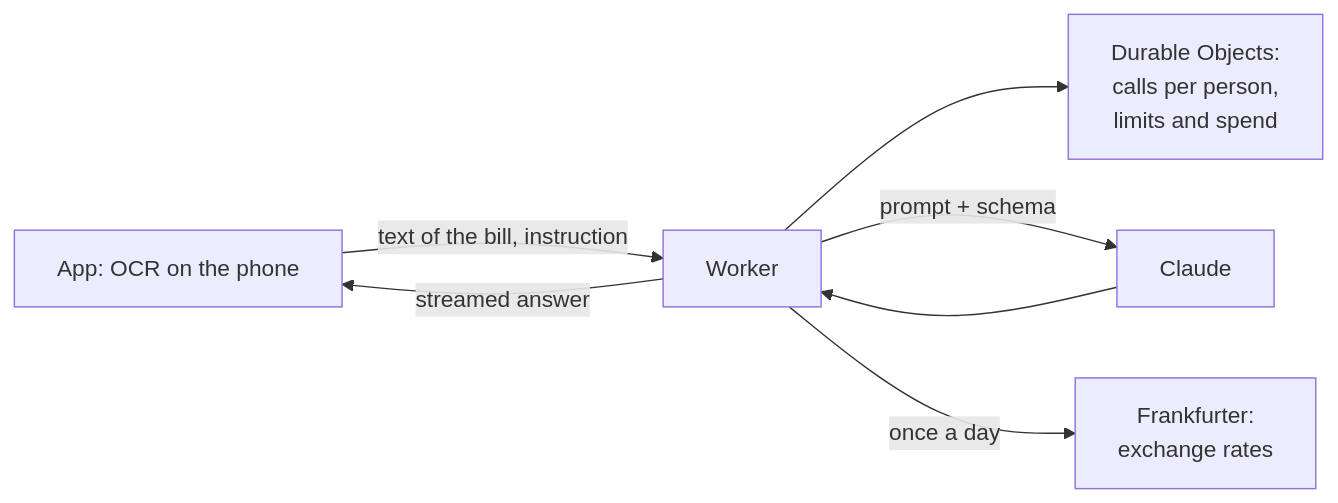
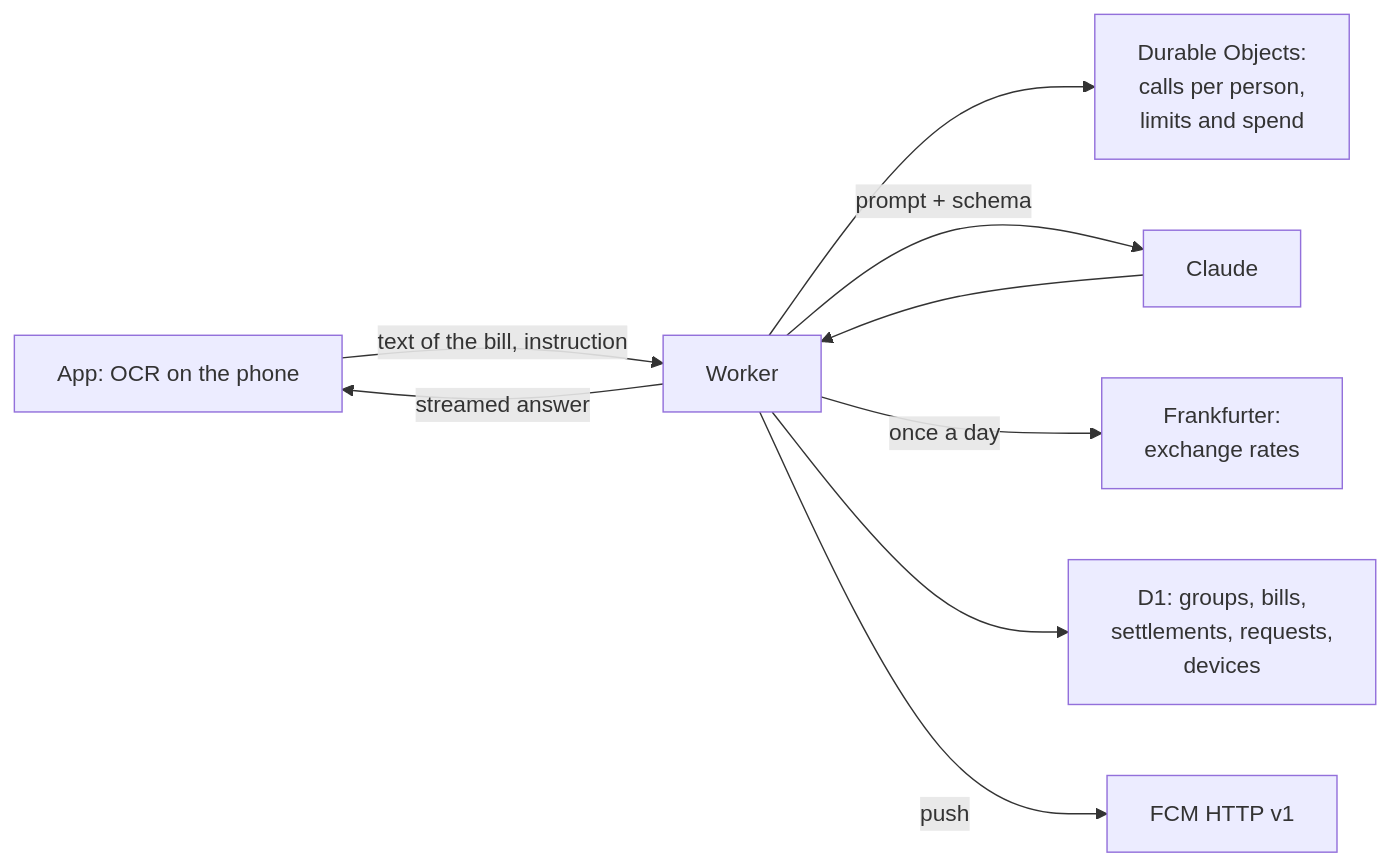
Before and after one commit to dantech0xff/split-bill-poc: the diagram in docs/proxy.md, drawn with Mermaid. The commit also changed other lines of this file, not shown here.

First line of the commit message:
docs(proxy): describe groups, payment requests, push and their deploy

````diff
--- a/docs/proxy.md
+++ b/docs/proxy.md
@@ -9,9 +10,11 @@
 ```mermaid
 flowchart LR
     app[App: OCR on the phone] -->|text of the bill, instruction| worker[Worker]
     worker --> limits[Durable Objects:<br/>calls per person,<br/>limits and spend]
     worker -->|prompt + schema| claude[Claude]
     claude --> worker
     worker -->|streamed answer| app
     worker -->|once a day| rates[Frankfurter:<br/>exchange rates]
+    worker --> d1[D1: groups, bills,<br/>settlements, requests,<br/>devices]
+    worker -->|push| fcm[FCM HTTP v1]
 ```
````
